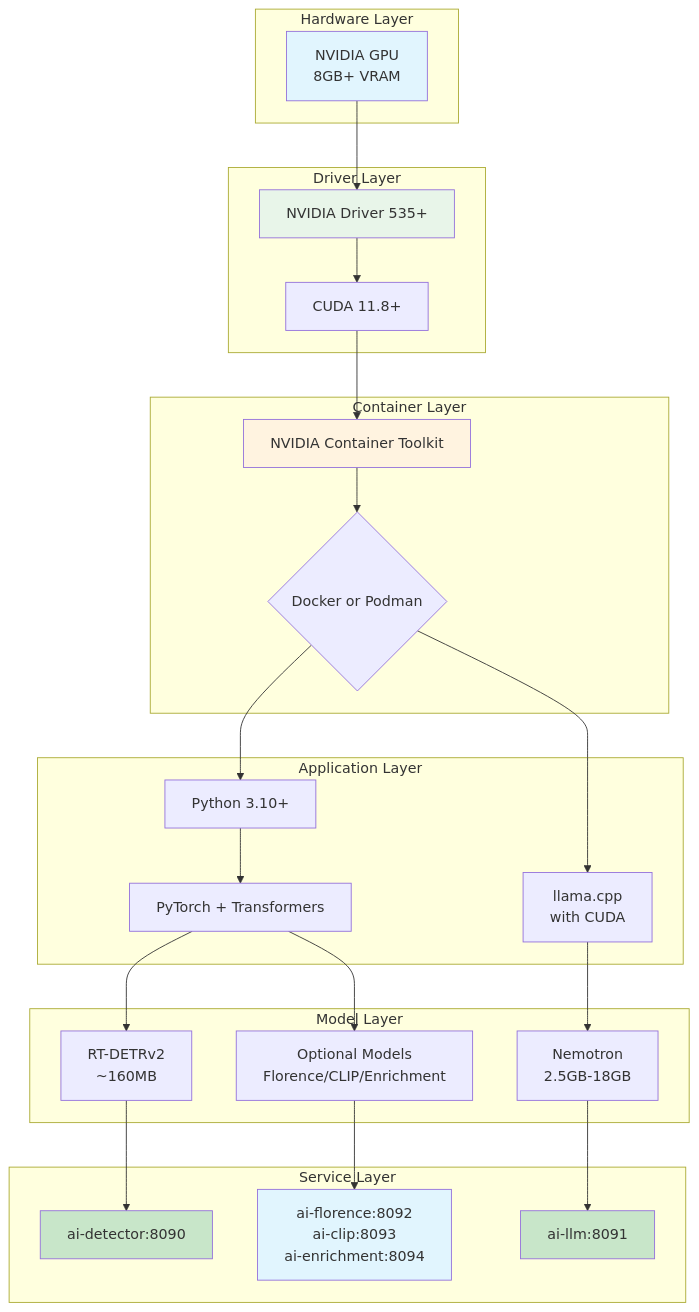
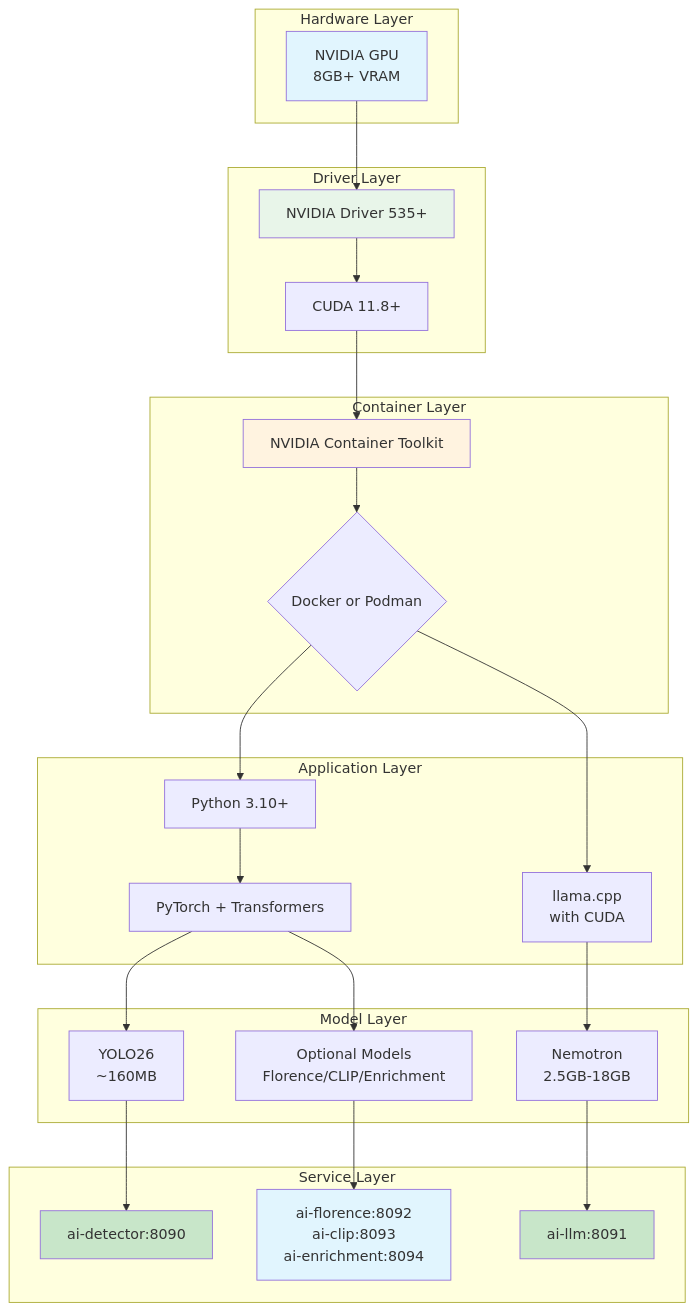
The first of 2 diagrams in docs/operator/ai-installation.md (mikesvoboda/nemotron-v3-home-security-intelligence), drawn with Mermaid before and after one commit. The commit also changed other lines of this file and 474 other files, not shown here.

````diff
--- a/docs/operator/ai-installation.md
+++ b/docs/operator/ai-installation.md
@@ -56,58 +56,58 @@
 ```mermaid
 flowchart TD
     subgraph "Hardware Layer"
         GPU[NVIDIA GPU<br/>8GB+ VRAM]
     end
 
     subgraph "Driver Layer"
         Driver[NVIDIA Driver 535+]
         CUDA[CUDA 11.8+]
     end
 
     subgraph "Container Layer"
         Toolkit[NVIDIA Container Toolkit]
         Runtime{Docker or Podman}
     end
 
     subgraph "Application Layer"
         Python[Python 3.10+]
         Llama[llama.cpp<br/>with CUDA]
         PyDeps[PyTorch + Transformers]
     end
 
     subgraph "Model Layer"
-        RTDETR[RT-DETRv2<br/>~160MB]
+        YOLO26[YOLO26<br/>~160MB]
         Nemotron[Nemotron<br/>2.5GB-18GB]
         Optional[Optional Models<br/>Florence/CLIP/Enrichment]
     end
 
     subgraph "Service Layer"
         Detector[ai-detector:8090]
         LLM[ai-llm:8091]
         OptServices[ai-florence:8092<br/>ai-clip:8093<br/>ai-enrichment:8094]
     end
 
     GPU --> Driver
     Driver --> CUDA
     CUDA --> Toolkit
     Toolkit --> Runtime
 
     Runtime --> Python
     Runtime --> Llama
     Python --> PyDeps
 
-    PyDeps --> RTDETR
+    PyDeps --> YOLO26
     Llama --> Nemotron
     PyDeps --> Optional
 
-    RTDETR --> Detector
+    YOLO26 --> Detector
     Nemotron --> LLM
     Optional --> OptServices
 
     style GPU fill:#e1f5fe
     style Driver fill:#e8f5e9
     style Toolkit fill:#fff3e0
     style Detector fill:#c8e6c9
     style LLM fill:#c8e6c9
     style OptServices fill:#e1f5fe
 ```
````
